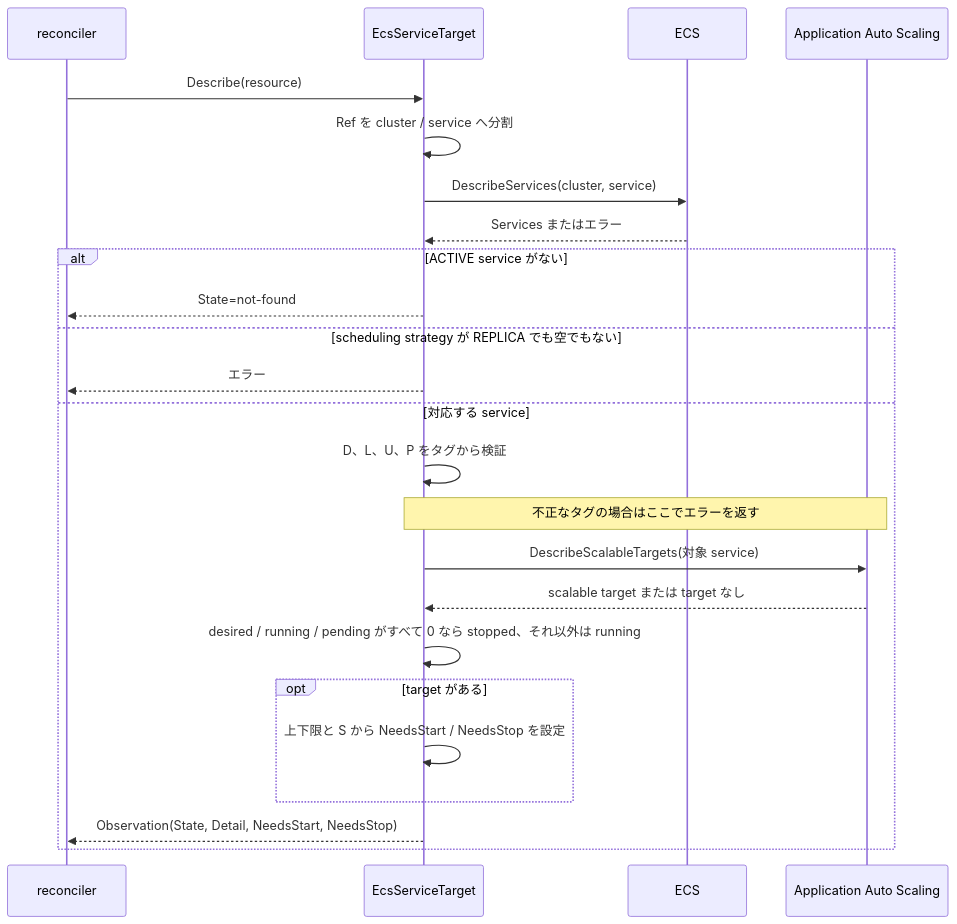
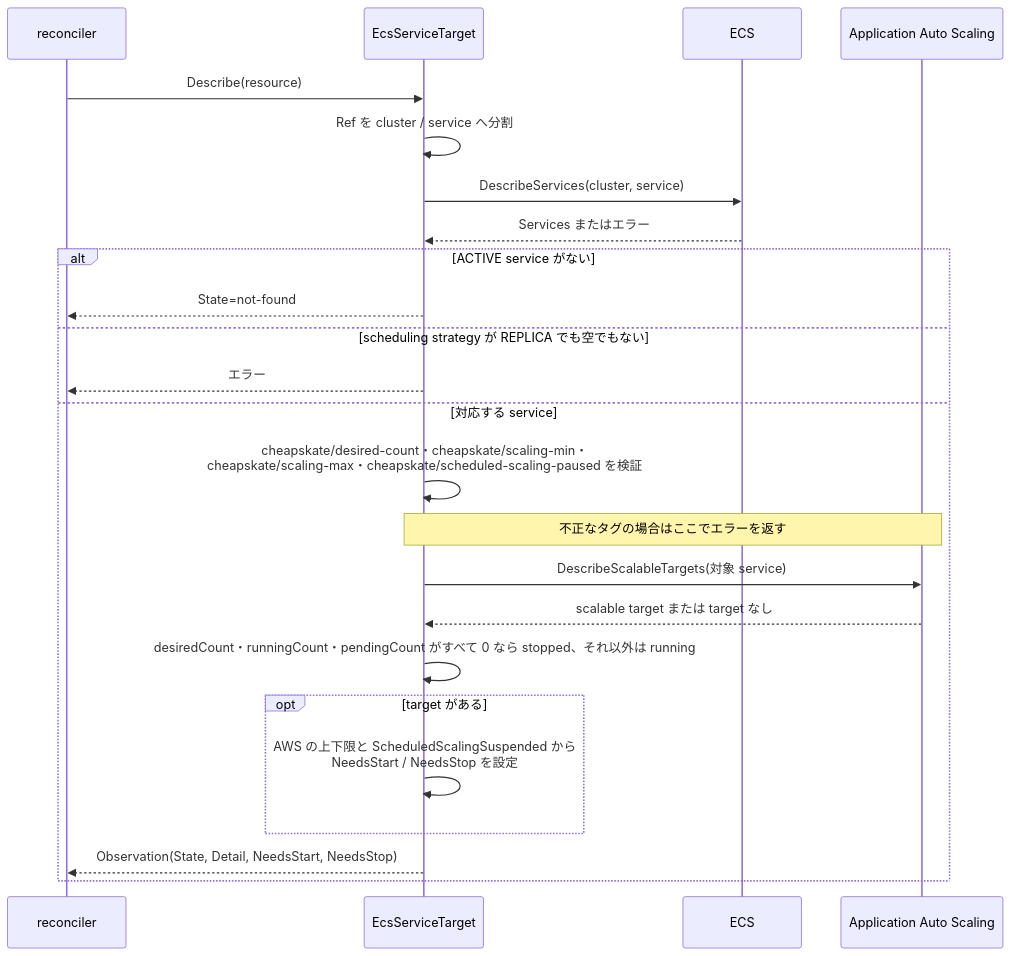
The fifth of 9 diagrams in docs/ja/development/resource_sequence.md (moepig/cheapskate), drawn with Mermaid before and after one commit. The commit also changed other lines of this file and 63 other files, not shown here.

````diff
--- a/docs/ja/development/resource_sequence.md
+++ b/docs/ja/development/resource_sequence.md
@@ -193,26 +188,26 @@
 ```mermaid
 sequenceDiagram
-    participant R as reconciler
-    participant A as EcsServiceTarget
-    participant E as ECS
-    participant S as Application Auto Scaling
-    R->>A: Describe(resource)
-    A->>A: Ref を cluster / service へ分割
-    A->>E: DescribeServices(cluster, service)
-    E-->>A: Services またはエラー
+    participant Reconciler as reconciler
+    participant Adapter as EcsServiceTarget
+    participant EcsAPI as ECS
+    participant AutoScaling as Application Auto Scaling
+    Reconciler->>Adapter: Describe(resource)
+    Adapter->>Adapter: Ref を cluster / service へ分割
+    Adapter->>EcsAPI: DescribeServices(cluster, service)
+    EcsAPI-->>Adapter: Services またはエラー
     alt ACTIVE service がない
-        A-->>R: State=not-found
+        Adapter-->>Reconciler: State=not-found
     else scheduling strategy が REPLICA でも空でもない
-        A-->>R: エラー
+        Adapter-->>Reconciler: エラー
     else 対応する service
-        A->>A: D、L、U、P をタグから検証
-        Note over A,S: 不正なタグの場合はここでエラーを返す
-        A->>S: DescribeScalableTargets(対象 service)
-        S-->>A: scalable target または target なし
-        A->>A: desired / running / pending がすべて 0 なら stopped、それ以外は running
+        Adapter->>Adapter: cheapskate/desired-count・cheapskate/scaling-min・<br/>cheapskate/scaling-max・cheapskate/scheduled-scaling-paused を検証
+        Note over Adapter,AutoScaling: 不正なタグの場合はここでエラーを返す
+        Adapter->>AutoScaling: DescribeScalableTargets(対象 service)
+        AutoScaling-->>Adapter: scalable target または target なし
+        Adapter->>Adapter: desiredCount・runningCount・pendingCount がすべて 0 なら stopped、それ以外は running
         opt target がある
-            A->>A: 上下限と S から NeedsStart / NeedsStop を設定
+            Adapter->>Adapter: AWS の上下限と ScheduledScalingSuspended から<br/>NeedsStart / NeedsStop を設定
         end
-        A-->>R: Observation(State, Detail, NeedsStart, NeedsStop)
+        Adapter-->>Reconciler: Observation(State, Detail, NeedsStart, NeedsStop)
     end
 ```
````
